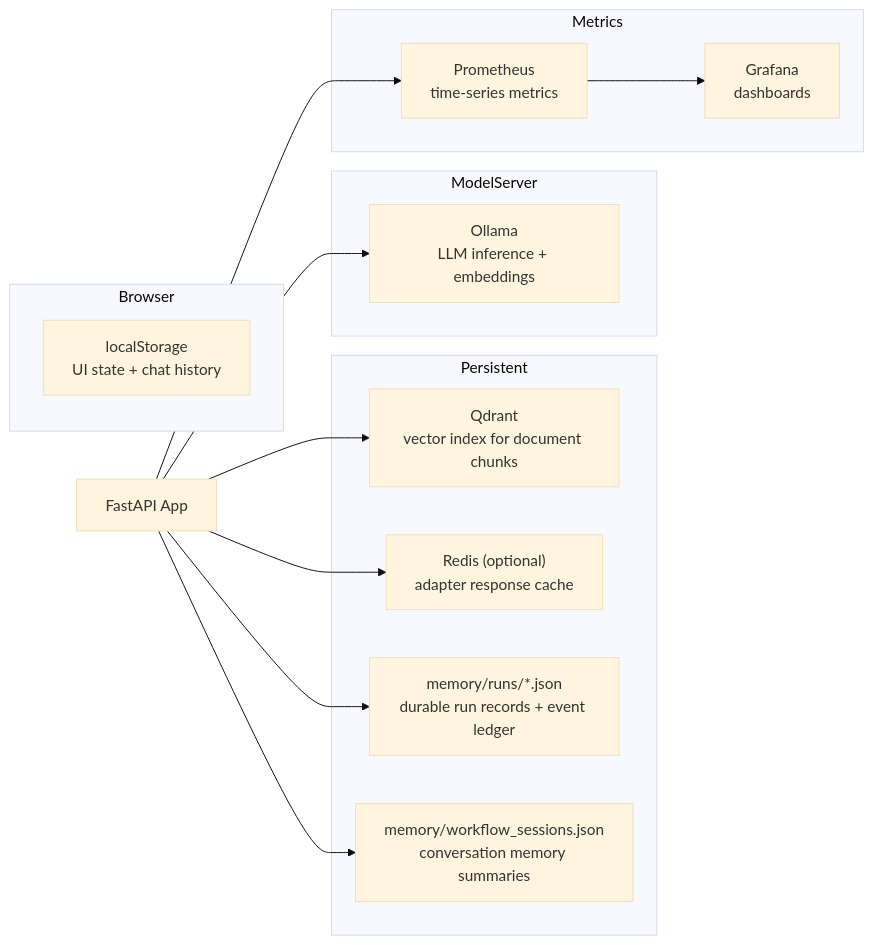
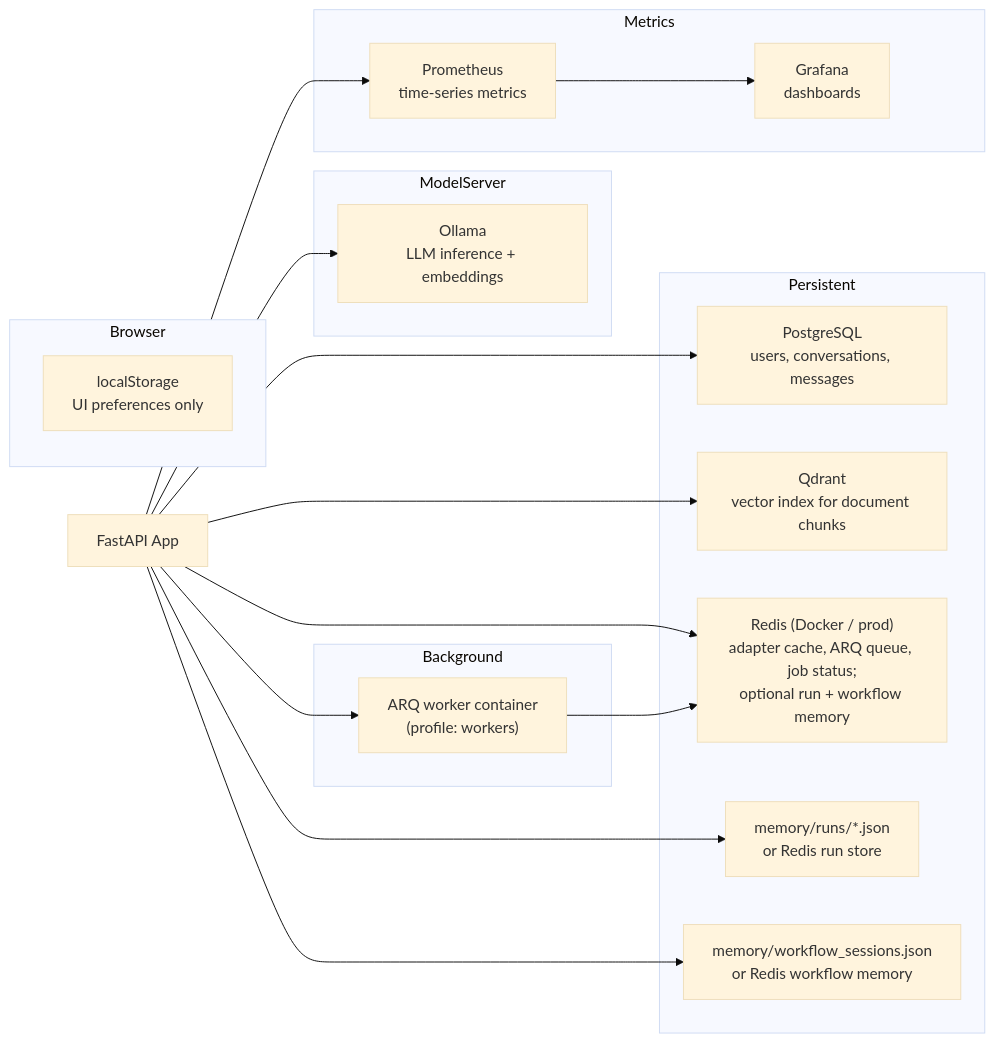
One commit to sreeram843/personal-ai changed diagram 12 of 12 in docs/architecture.md. Above: the diagram before and after it, drawn with Mermaid (base theme). The commit also changed other lines of this file and 52 other files, not shown here.

````diff
--- a/docs/architecture.md
+++ b/docs/architecture.md
@@ -355,32 +396,40 @@
 ```mermaid
 graph LR
     App["FastAPI App"]
 
     subgraph Persistent
+        Postgres["PostgreSQL\nusers, conversations, messages"]
         Qdrant["Qdrant\nvector index for document chunks"]
-        Redis["Redis (optional)\nadapter response cache"]
-        RunFiles["memory/runs/*.json\ndurable run records + event ledger"]
-        MemoryFile["memory/workflow_sessions.json\nconversation memory summaries"]
+        Redis["Redis (Docker / prod)\nadapter cache, ARQ queue, job status;\noptional run + workflow memory"]
+        RunFiles["memory/runs/*.json\nor Redis run store"]
+        MemoryFile["memory/workflow_sessions.json\nor Redis workflow memory"]
+    end
+
+    subgraph Background
+        Worker["ARQ worker container\n(profile: workers)"]
     end
 
     subgraph ModelServer
         Ollama["Ollama\nLLM inference + embeddings"]
     end
 
     subgraph Browser
-        LocalStorage["localStorage\nUI state + chat history"]
+        LocalStorage["localStorage\nUI preferences only"]
     end
 
     subgraph Metrics
         Prometheus["Prometheus\ntime-series metrics"]
         Grafana["Grafana\ndashboards"]
     end
 
+    App --> Postgres
     App --> Qdrant
     App --> Redis
     App --> RunFiles
     App --> MemoryFile
+    App --> Worker
+    Worker --> Redis
     App --> Ollama
     App --> Prometheus
     Prometheus --> Grafana
 ```
````
